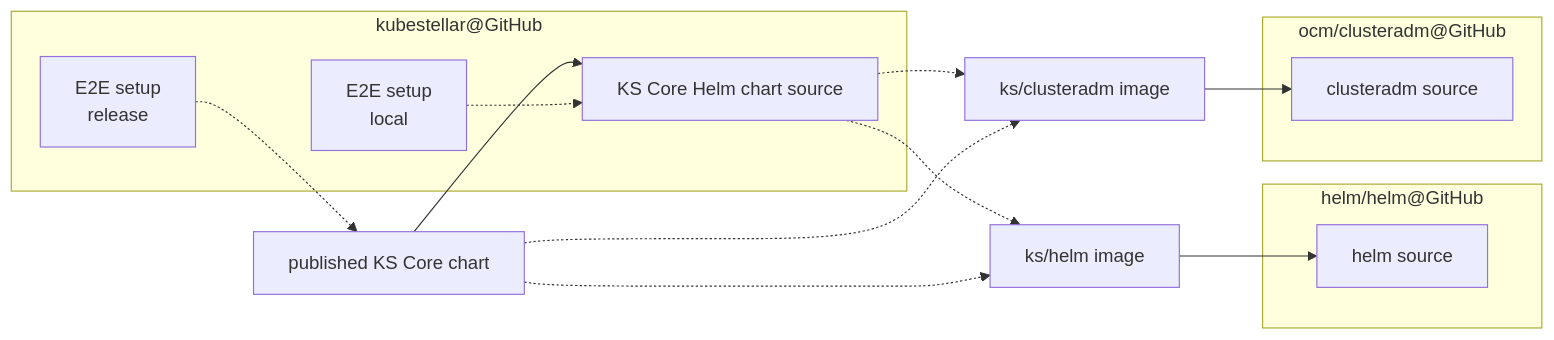
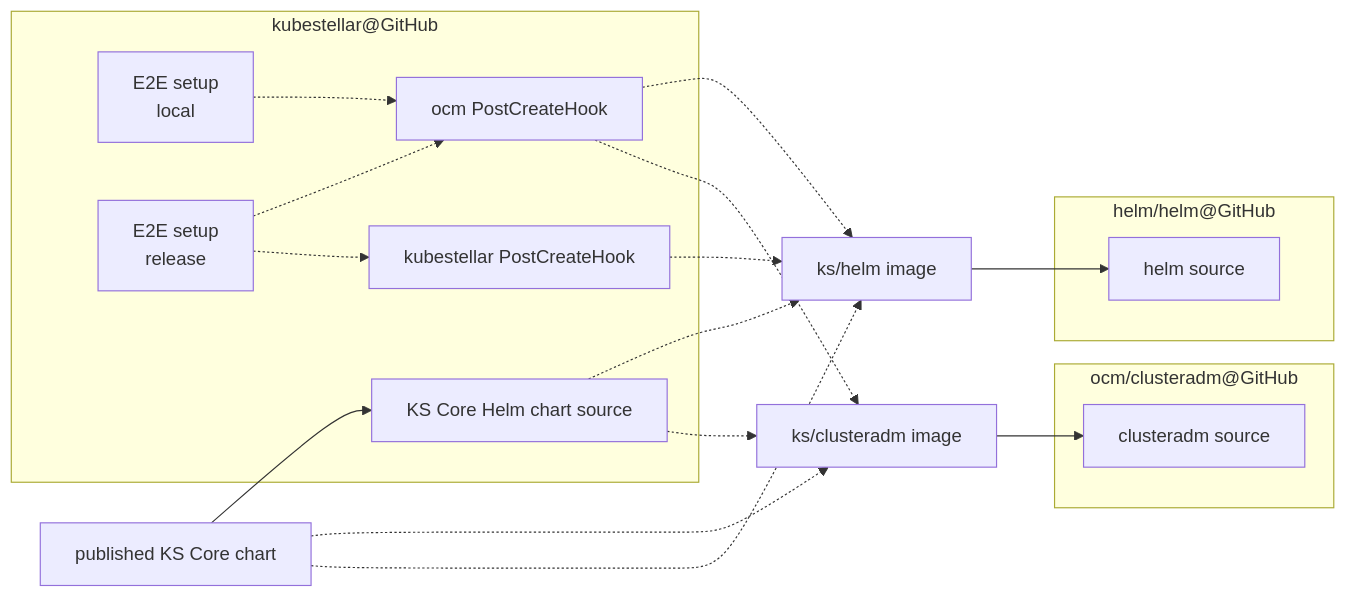
One commit to kubestellar/docs changed the fourth of 5 diagrams in docs/content/direct/packaging.md. Above: the diagram before and after it, drawn with Mermaid. The commit also changed other lines of this file and 110 other files, not shown here.

````diff
--- a/docs/content/direct/packaging.md
+++ b/docs/content/direct/packaging.md
@@ -114,23 +131,29 @@
 ```mermaid
 flowchart LR
     subgraph helm_repo["helm/helm@GitHub"]
     helm_src["helm source"]
     end
     subgraph cladm_repo["ocm/clusteradm@GitHub"]
     cladm_src["clusteradm source"]
     end
     subgraph ks_repo["kubestellar@GitHub"]
     ksc_hc_src[KS Core Helm chart source]
+    ks_pch[kubestellar PostCreateHook]
+    ocm_pch["ocm PostCreateHook"]
     e2e_local["E2E setup<br>local"]
     e2e_release["E2E setup<br>release"]
     end
     helm_image["ks/helm image"] --> helm_src
     cladm_image["ks/clusteradm image"] --> cladm_src
+    ocm_pch -.-> helm_image
+    ocm_pch -.-> cladm_image
+    ks_pch -.-> helm_image
     ksc_hc_repo[published KS Core chart] --> ksc_hc_src
     ksc_hc_src -.-> helm_image
     ksc_hc_src -.-> cladm_image
     ksc_hc_repo -.-> cladm_image
     ksc_hc_repo -.-> helm_image
-    e2e_local -.-> ksc_hc_src
-    e2e_release -.-> ksc_hc_repo
+    e2e_local -.-> ocm_pch
+    e2e_release -.-> ocm_pch
+    e2e_release -.-> ks_pch
 ```
````
